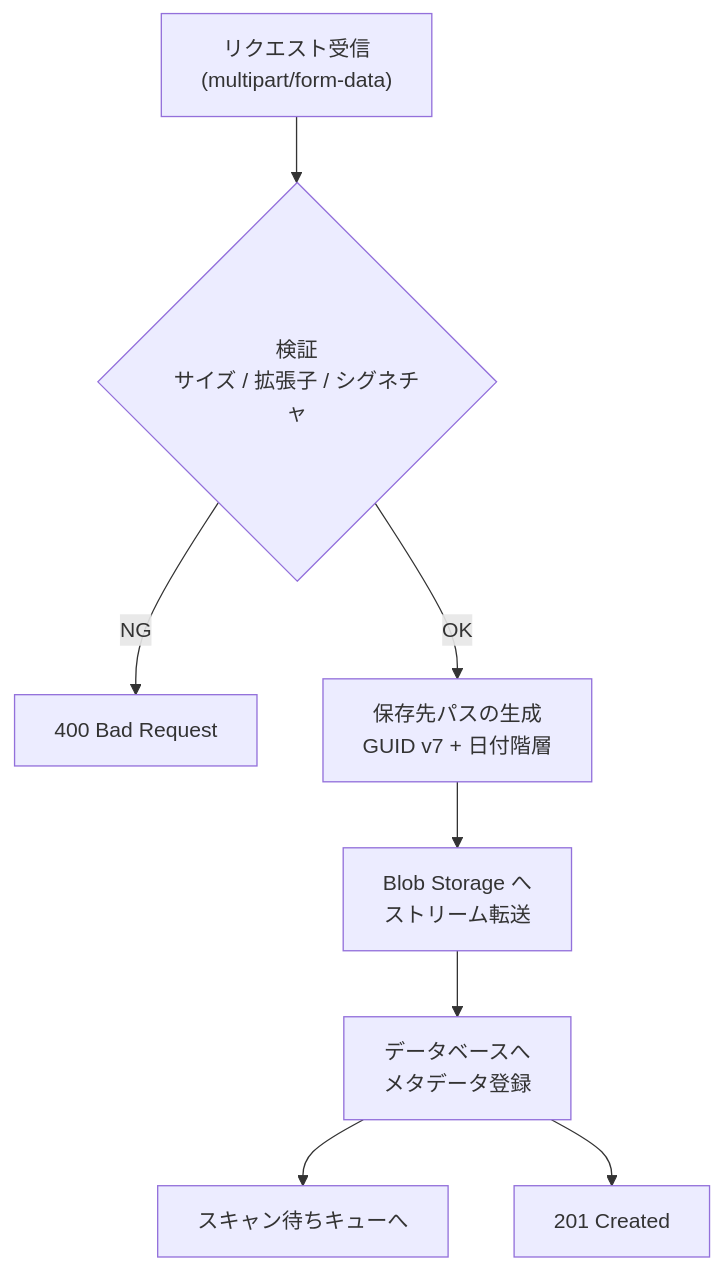
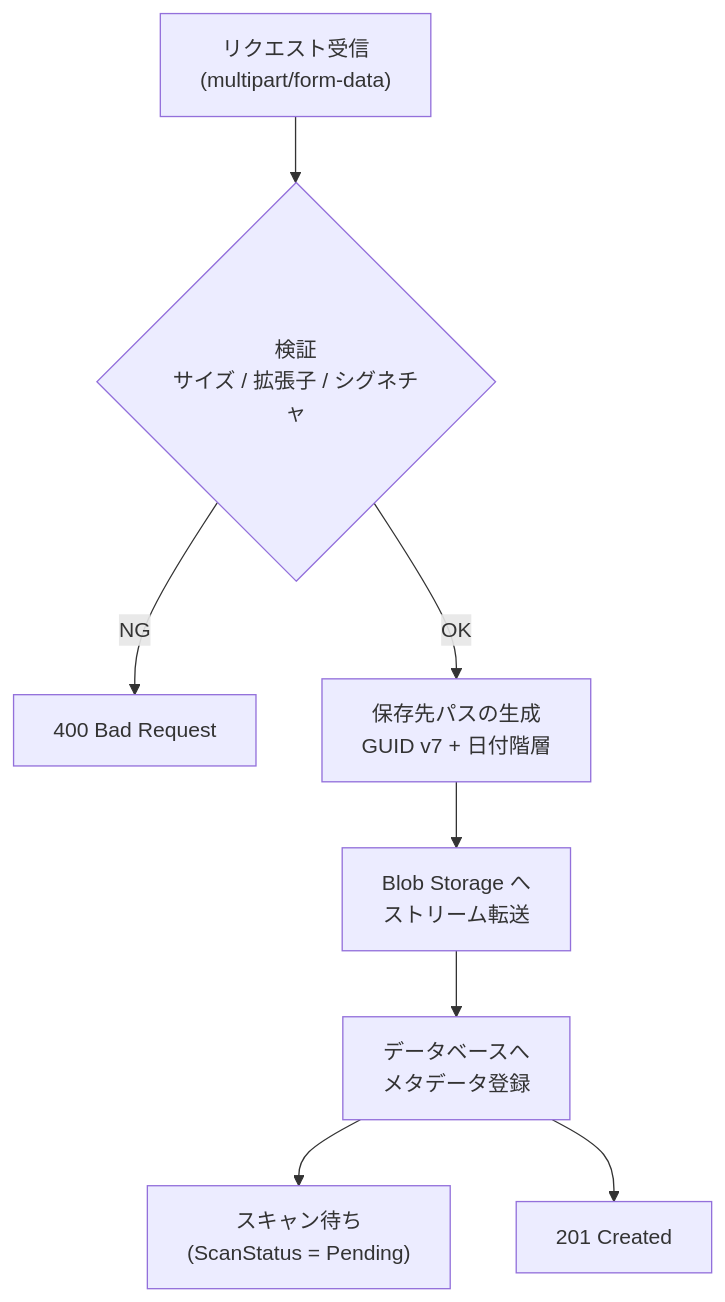
The eighth of 8 diagrams in src/content/docs/07-file-upload-and-storage/index.md (microsoft/aspnetcore-ja-handbook), drawn with Mermaid before and after one commit. The commit also changed other lines of this file, not shown here.

First line of the commit message:
CreateReadUrlAsync のスタブを実装に置き換え、図と実装の食い違いを解消

````diff
--- a/src/content/docs/07-file-upload-and-storage/index.md
+++ b/src/content/docs/07-file-upload-and-storage/index.md
@@ -2170,10 +2178,10 @@
 ```mermaid
 flowchart TB
     S["リクエスト受信\n(multipart/form-data)"] --> V{"検証\nサイズ / 拡張子 / シグネチャ"}
     V -->|NG| E["400 Bad Request"]
     V -->|OK| P["保存先パスの生成\nGUID v7 + 日付階層"]
     P --> B["Blob Storage へ\nストリーム転送"]
     B --> D["データベースへ\nメタデータ登録"]
-    D --> Q["スキャン待ちキューへ"]
+    D --> Q["スキャン待ち\n(ScanStatus = Pending)"]
     D --> R["201 Created"]
 ```
````
